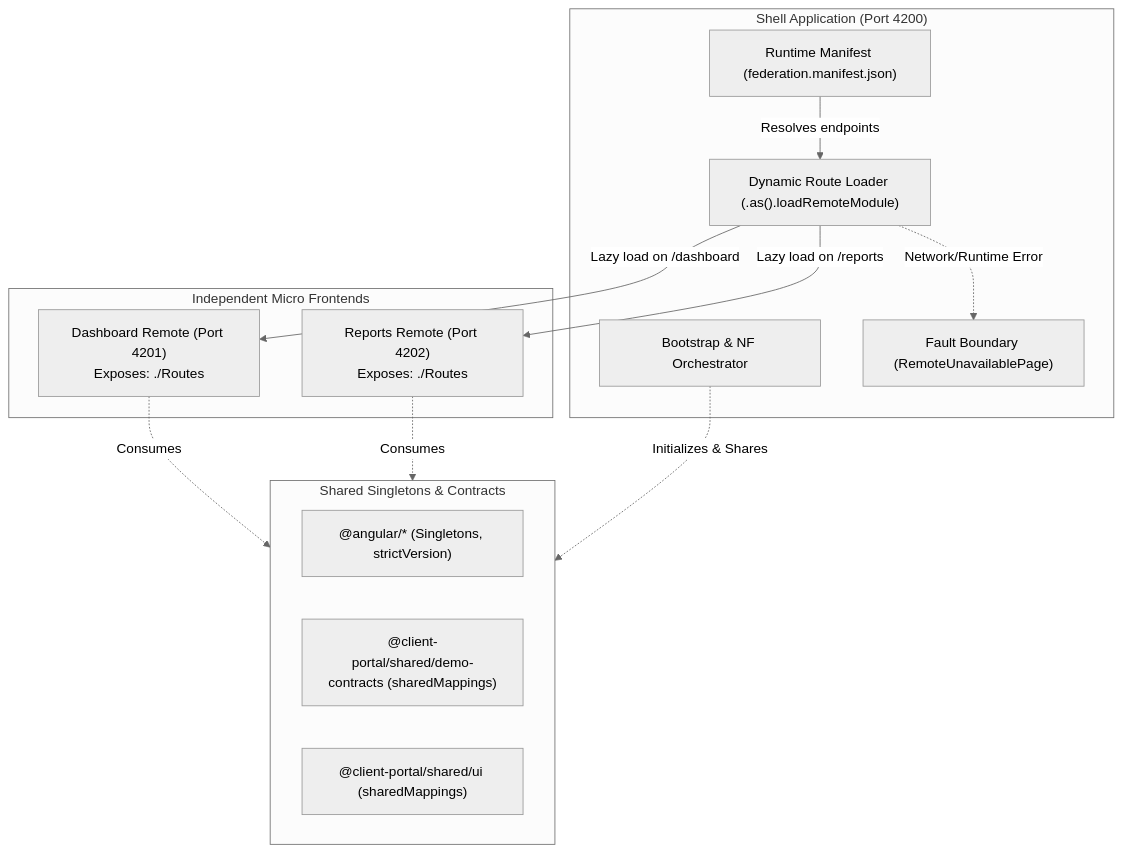
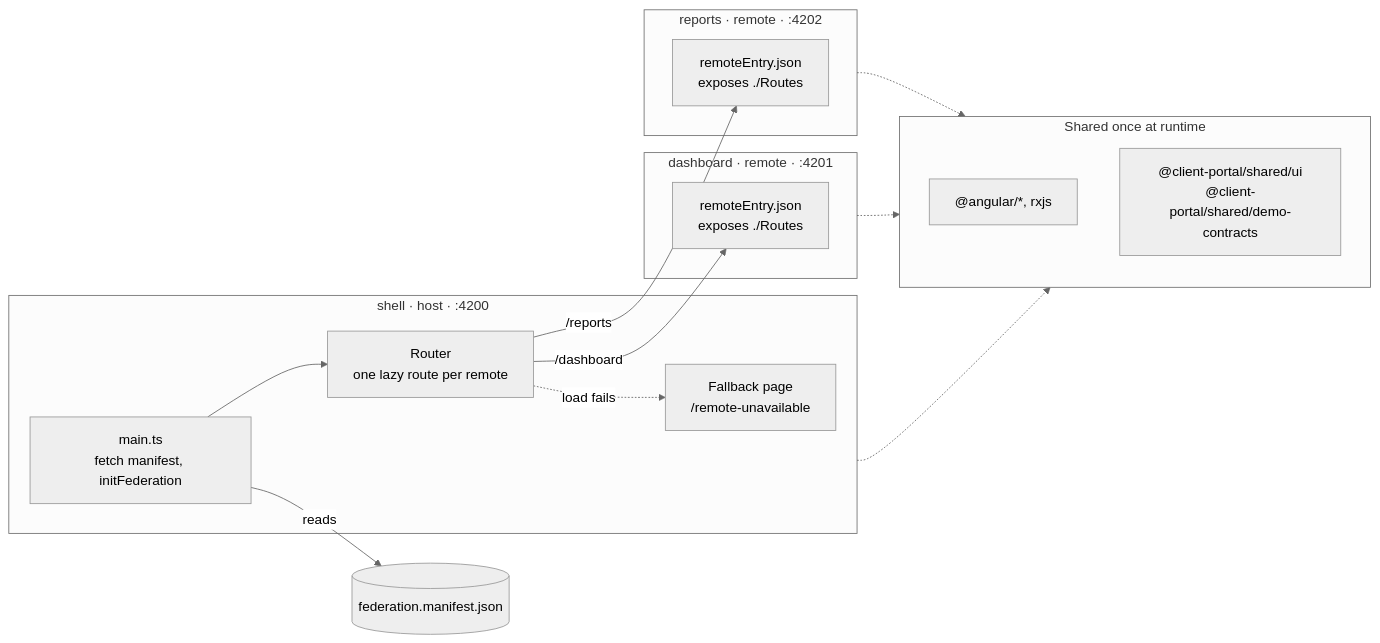
The diagram in README.md (oleh-kazban/angular-nx-native-federation), drawn with Mermaid (neutral theme) before and after one commit. The commit also changed other lines of this file, not shown here.

````diff
--- a/README.md
+++ b/README.md
@@ -44,28 +15,32 @@
 ```mermaid
-flowchart TD
-    subgraph Host ["Shell Application (Port 4200)"]
-        ShellBoot["Bootstrap & NF Orchestrator"]
-        Manifest["Runtime Manifest (federation.manifest.json)"]
-        Router["Dynamic Route Loader (.as<T>().loadRemoteModule)"]
-        Fallback["Fault Boundary (RemoteUnavailablePage)"]
+flowchart LR
+    subgraph shell["shell · host · :4200"]
+        main["main.ts<br/>fetch manifest, initFederation"]
+        router["Router<br/>one lazy route per remote"]
+        fallback["Fallback page<br/>/remote-unavailable"]
     end
 
-    subgraph Remotes ["Independent Micro Frontends"]
-        Dashboard["Dashboard Remote (Port 4201)\nExposes: ./Routes"]
-        Reports["Reports Remote (Port 4202)\nExposes: ./Routes"]
+    manifest[("federation.manifest.json")]
+
+    subgraph dashboard["dashboard · remote · :4201"]
+        dEntry["remoteEntry.json<br/>exposes ./Routes"]
     end
 
-    subgraph SharedDeps ["Shared Singletons & Contracts"]
-        AngularShared["@angular/* (Singletons, strictVersion)"]
-        ContractsLib["@client-portal/shared/demo-contracts (sharedMappings)"]
-        UiLib["@client-portal/shared/ui (sharedMappings)"]
+    subgraph reports["reports · remote · :4202"]
+        rEntry["remoteEntry.json<br/>exposes ./Routes"]
     end
 
-    Manifest -->|Resolves endpoints| Router
-    Router -->|Lazy load on /dashboard| Dashboard
-    Router -->|Lazy load on /reports| Reports
-    Router -.->|Network/Runtime Error| Fallback
-    Dashboard -.->|Consumes| SharedDeps
-    Reports -.->|Consumes| SharedDeps
-    ShellBoot -.->|Initializes & Shares| SharedDeps
+    subgraph shared["Shared once at runtime"]
+        ng["@angular/*, rxjs"]
+        libs["@client-portal/shared/ui<br/>@client-portal/shared/demo-contracts"]
+    end
+
+    main -->|reads| manifest
+    main --> router
+    router -->|"/dashboard"| dEntry
+    router -->|"/reports"| rEntry
+    router -.->|load fails| fallback
+    shell -.-> shared
+    dashboard -.-> shared
+    reports -.-> shared
 ```
````
